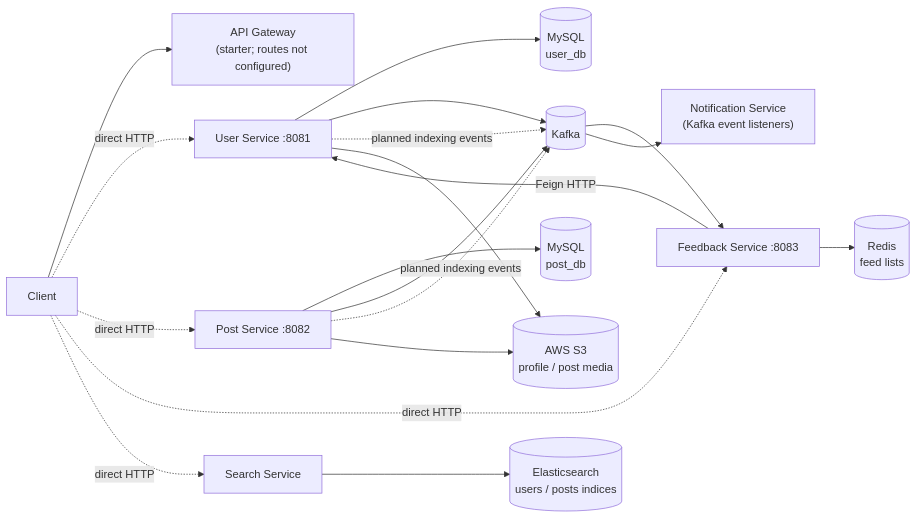
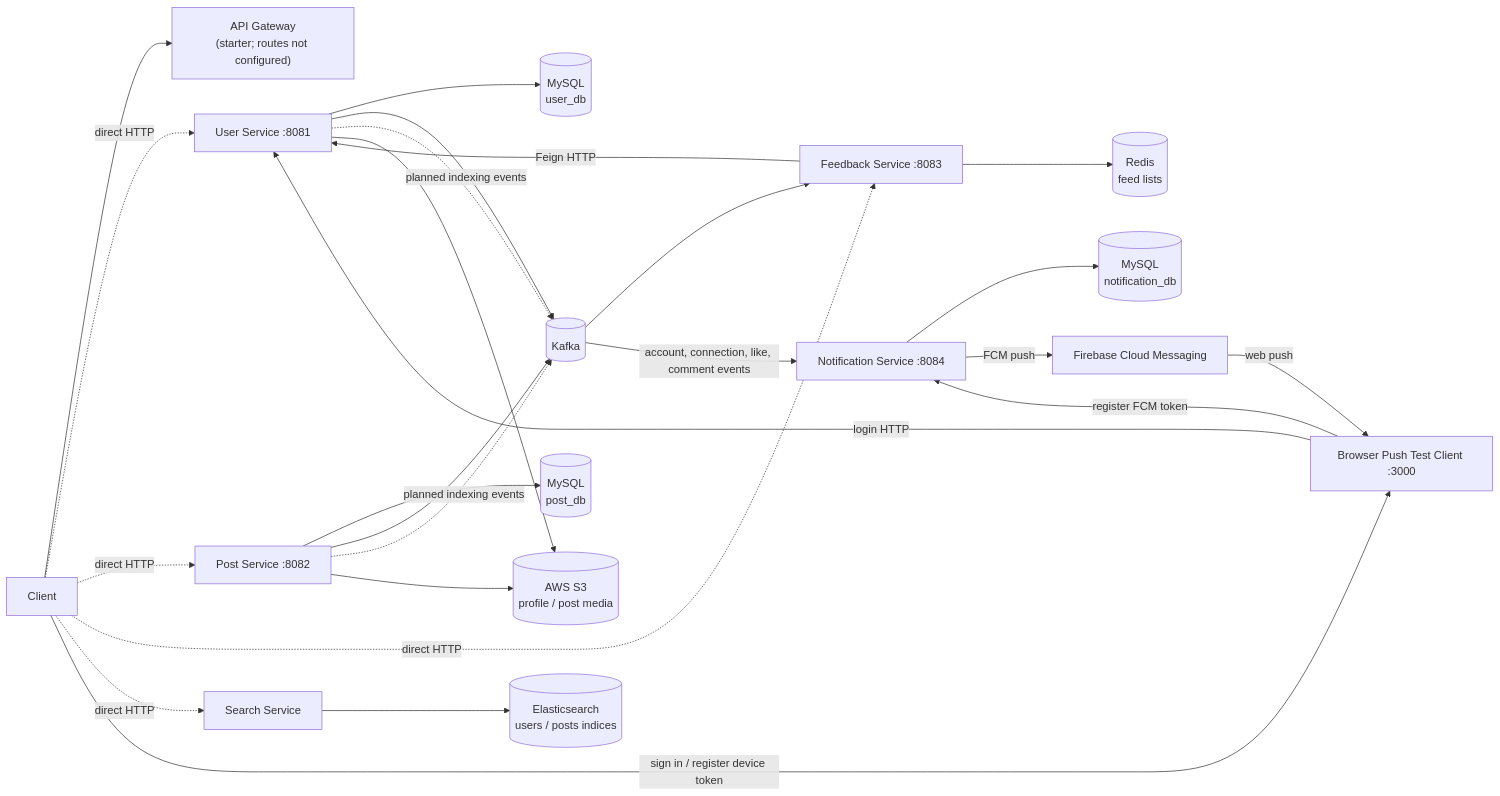
One commit to nimashaklaa/linkedin-system-demo changed the diagram in README.md. Above: the diagram before and after it, drawn with Mermaid. The commit also changed other lines of this file and 5 other files, not shown here.

Commit message:
feat: Add user login event publishing and update browser push test client for sign-in

````diff
--- a/README.md
+++ b/README.md
@@ -21,22 +21,28 @@
 ```mermaid
 flowchart LR
     Client --> Gateway["API Gateway<br/>(starter; routes not configured)"]
     Client -. direct HTTP .-> User["User Service :8081"]
     Client -. direct HTTP .-> Post["Post Service :8082"]
     Client -. direct HTTP .-> Feed["Feedback Service :8083"]
     Client -. direct HTTP .-> Search["Search Service"]
+    Client -->|sign in / register device token| NotificationWeb["Browser Push Test Client :3000"]
+    NotificationWeb -->|login HTTP| User
+    NotificationWeb -->|register FCM token| Notification["Notification Service :8084"]
 
     User --> UserDB[("MySQL<br/>user_db")]
     Post --> PostDB[("MySQL<br/>post_db")]
+    Notification --> NotificationDB[("MySQL<br/>notification_db")]
     User --> Kafka[("Kafka")]
     Post --> Kafka
     Kafka --> Feed
     Feed -->|Feign HTTP| User
     Feed --> Redis[("Redis<br/>feed lists")]
     Search --> ES[("Elasticsearch<br/>users / posts indices")]
     User -. planned indexing events .-> Kafka
     Post -. planned indexing events .-> Kafka
-    Kafka --> Notification["Notification Service<br/>(Kafka event listeners)"]
+    Kafka -->|account, connection, like, comment events| Notification
+    Notification -->|FCM push| Firebase["Firebase Cloud Messaging"]
+    Firebase -->|web push| NotificationWeb
     User --> S3[("AWS S3<br/>profile / post media")]
     Post --> S3
 ```
````
